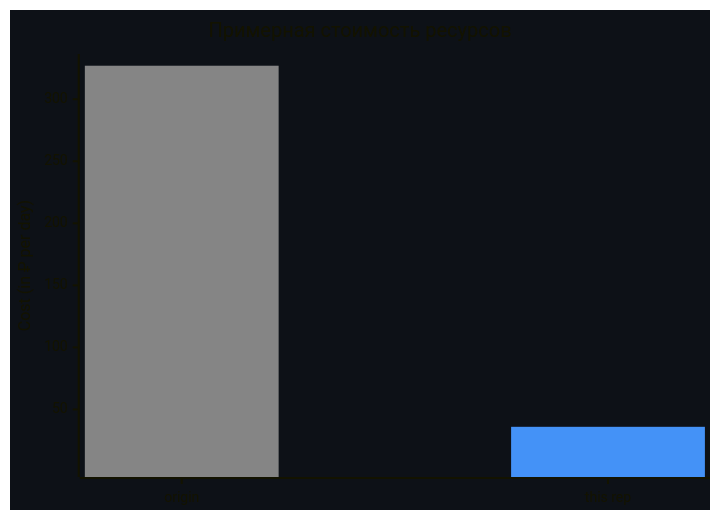
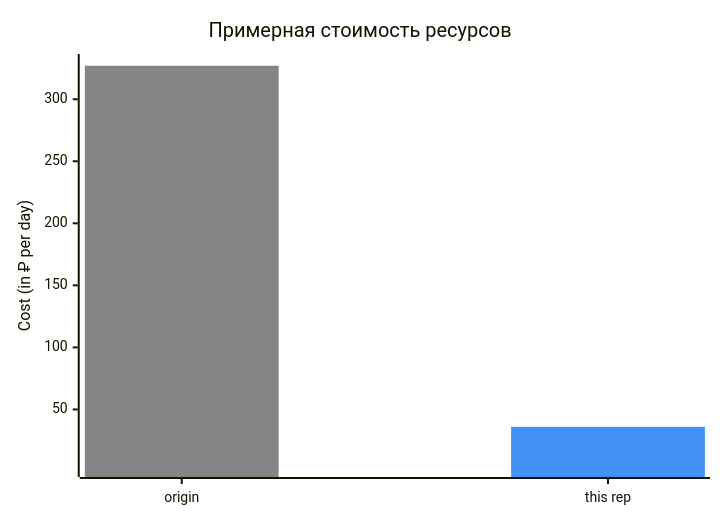
Before and after one commit to maqmm/yc-coivm-federation: the second of 2 diagrams in README.md, drawn with Mermaid. The commit also changed other lines of this file and 13 other files, not shown here.

````diff
--- a/README.md
+++ b/README.md
@@ -90,15 +89,15 @@
 ```mermaid
 ---
 config:
     themeVariables:
         xyChart:
-            backgroundColor: "#0d1117"
+            backgroundColor: "#00000000"
             plotColorPalette: "#858585, #4492f7"
 ---
 xychart-beta
     title "Примерная стоимость ресурсов"
     x-axis ["origin", "this rep"]
     y-axis "Cost (in ₽ per day)" 2 --> 330
     bar [327, -999]
     bar [-999, 36]
 ```
````
